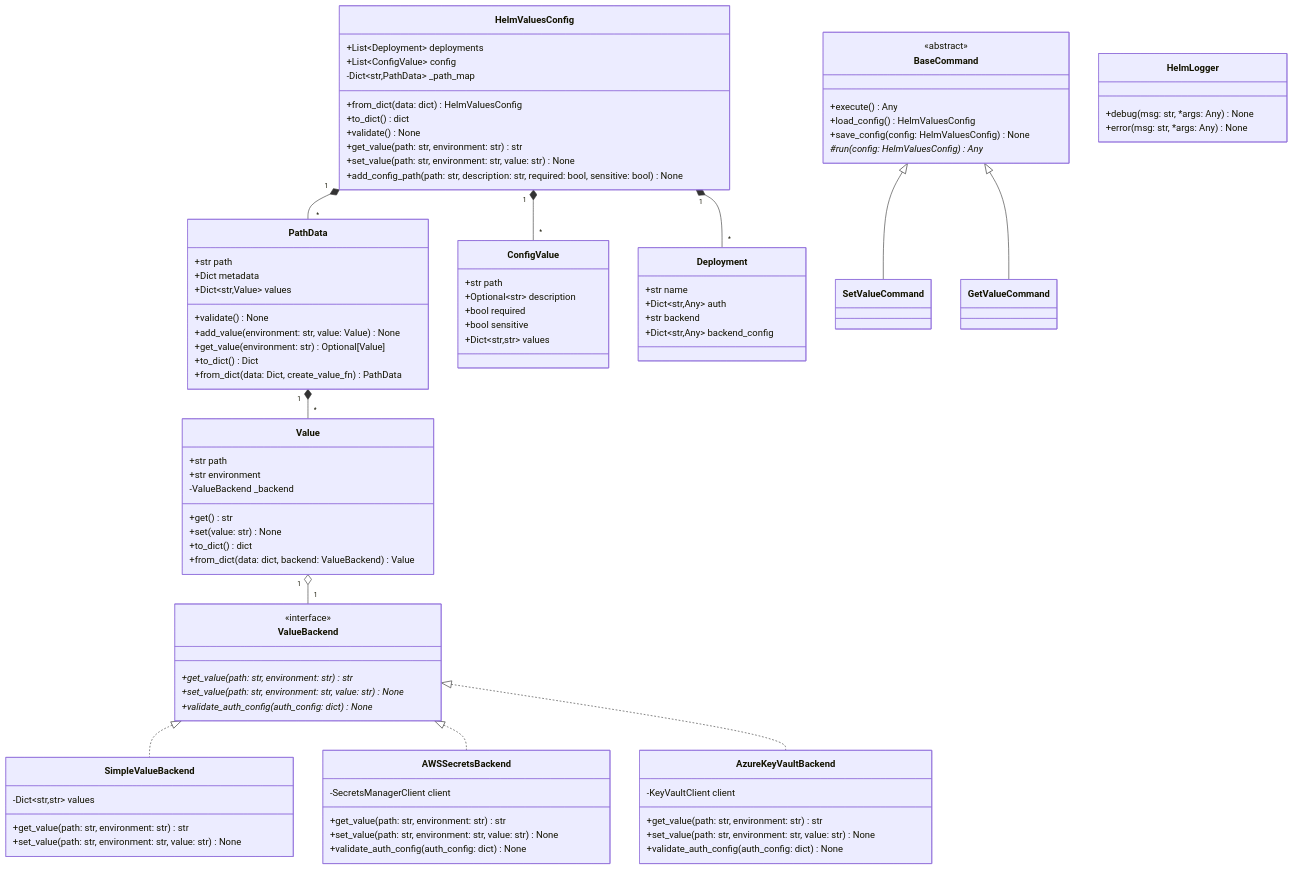
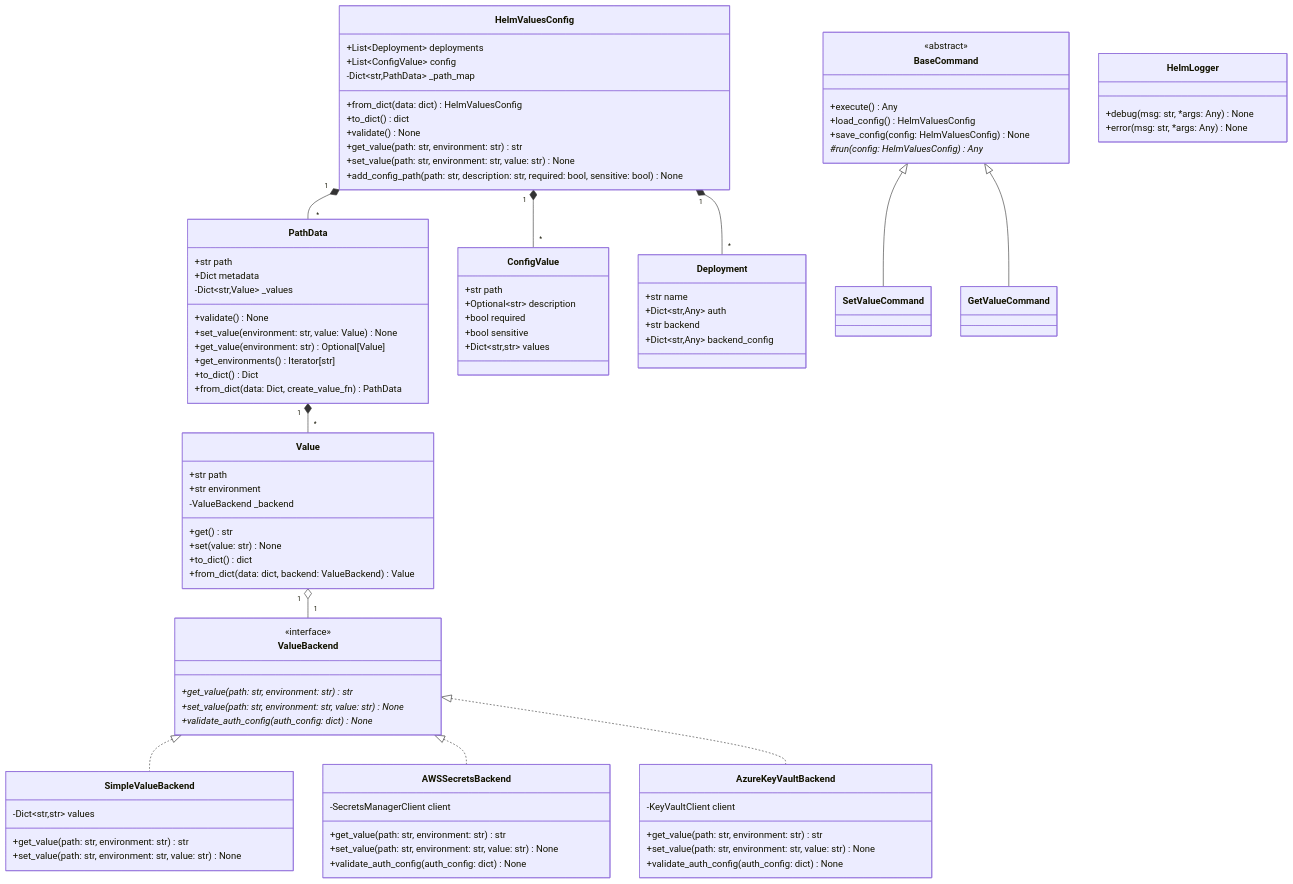
Before and after one commit to Zipstack/helm-values-manager: the diagram in docs/Design/low-level-design.md, drawn with Mermaid. The commit also changed other lines of this file and 11 other files, not shown here.

```diff
--- a/docs/Design/low-level-design.md
+++ b/docs/Design/low-level-design.md
@@ -23,10 +23,11 @@
     class PathData {
         +str path
         +Dict metadata
-        +Dict~str,Value~ values
+        -Dict~str,Value~ _values
         +validate() None
-        +add_value(environment: str, value: Value) None
+        +set_value(environment: str, value: Value) None
         +get_value(environment: str) Optional[Value]
+        +get_environments() Iterator[str]
         +to_dict() Dict
         +from_dict(data: Dict, create_value_fn) PathData
     }
```
